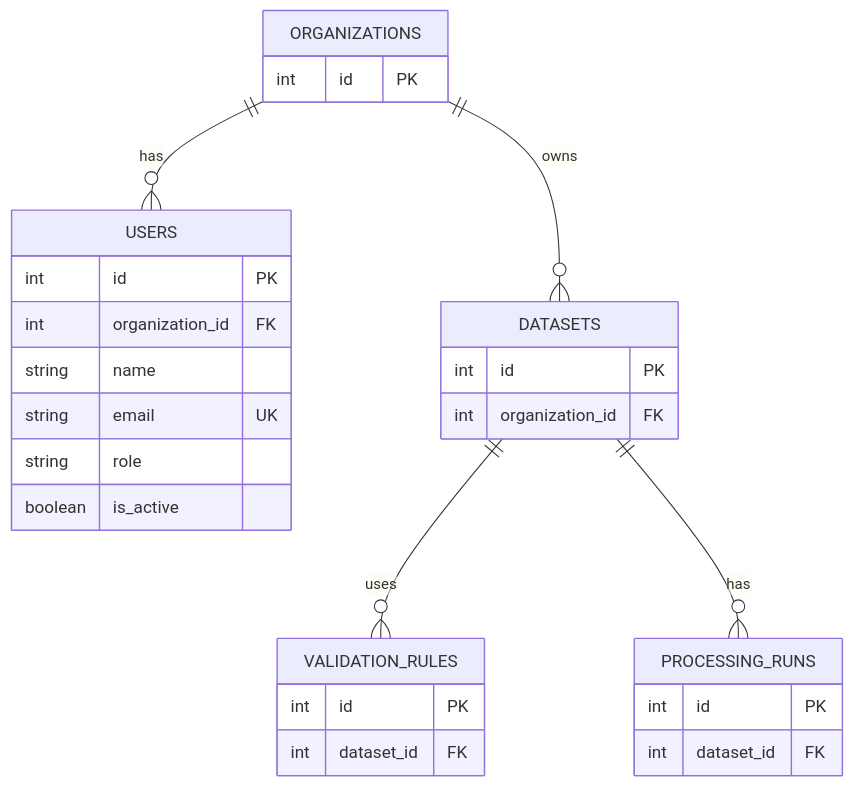
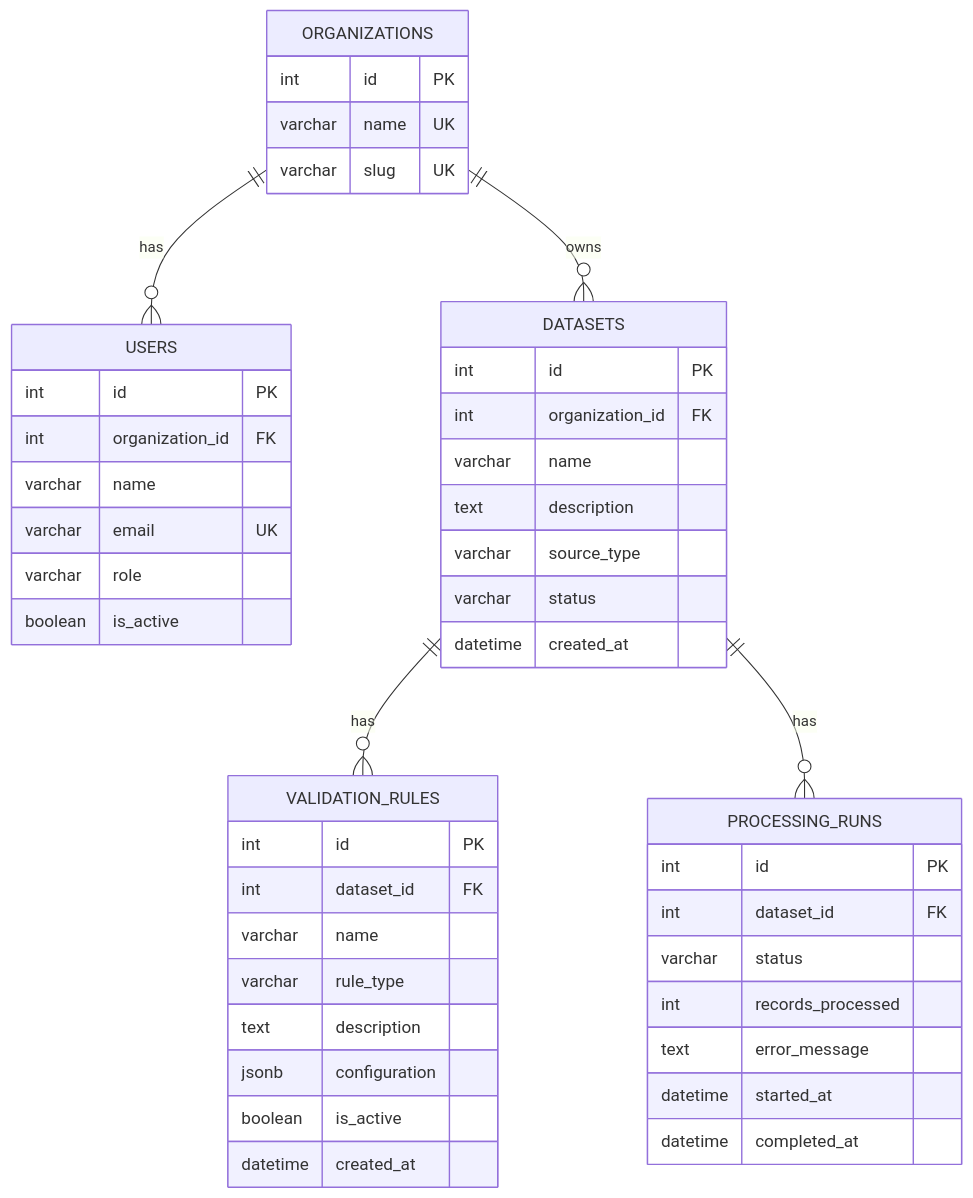
Before and after one commit to karuppannanbalamuruga/DataPulse-Enterprise: the diagram in docs/database-schema.md, drawn with Mermaid. The commit also changed other lines of this file and 2 other files, not shown here.

Commit message:
Update project architecture and API documentation

````diff
--- a/docs/database-schema.md
+++ b/docs/database-schema.md
@@ -50,35 +88,53 @@
 ```mermaid
 erDiagram
     ORGANIZATIONS ||--o{ USERS : has
     ORGANIZATIONS ||--o{ DATASETS : owns
-    DATASETS ||--o{ VALIDATION_RULES : uses
+    DATASETS ||--o{ VALIDATION_RULES : has
     DATASETS ||--o{ PROCESSING_RUNS : has
 
     ORGANIZATIONS {
         int id PK
+        varchar name UK
+        varchar slug UK
     }
 
     USERS {
         int id PK
         int organization_id FK
-        string name
-        string email UK
-        string role
+        varchar name
+        varchar email UK
+        varchar role
         boolean is_active
     }
 
     DATASETS {
         int id PK
         int organization_id FK
+        varchar name
+        text description
+        varchar source_type
+        varchar status
+        datetime created_at
     }
 
     VALIDATION_RULES {
         int id PK
         int dataset_id FK
+        varchar name
+        varchar rule_type
+        text description
+        jsonb configuration
+        boolean is_active
+        datetime created_at
     }
 
     PROCESSING_RUNS {
         int id PK
         int dataset_id FK
+        varchar status
+        int records_processed
+        text error_message
+        datetime started_at
+        datetime completed_at
     }
 ```
````
